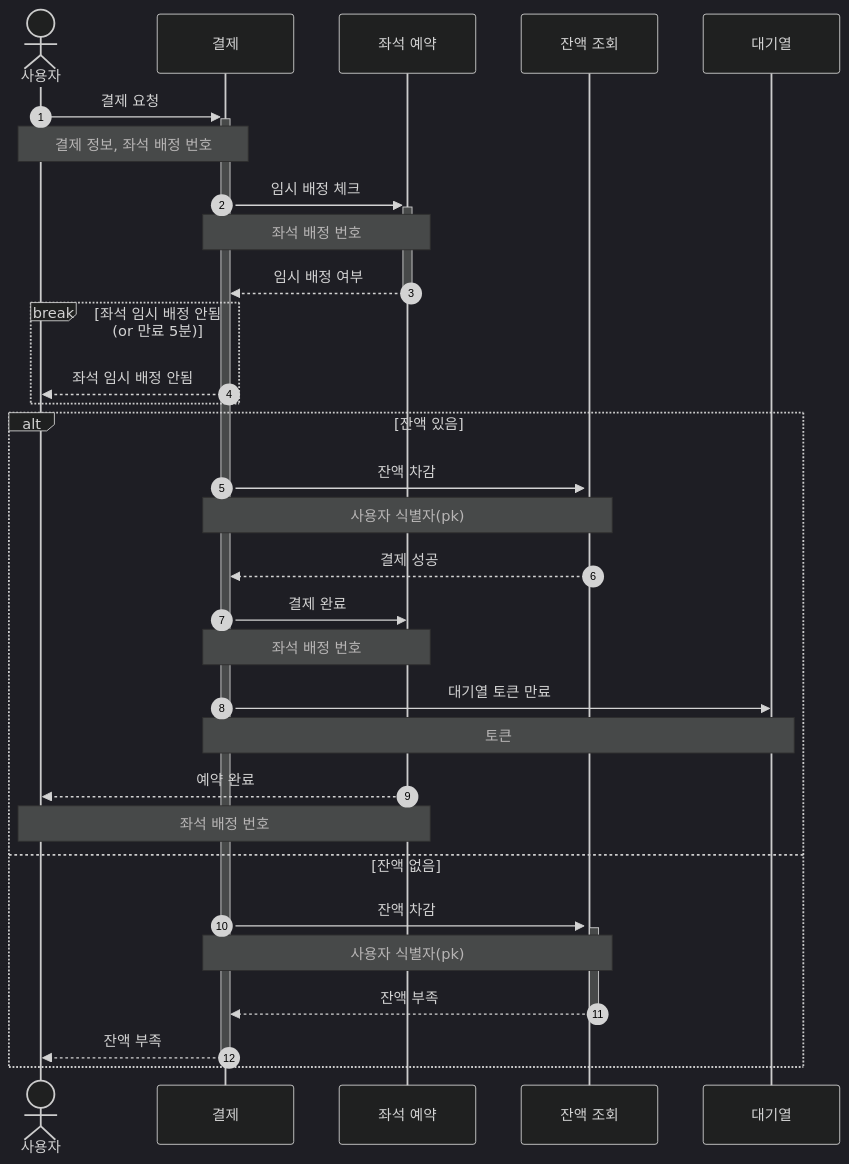
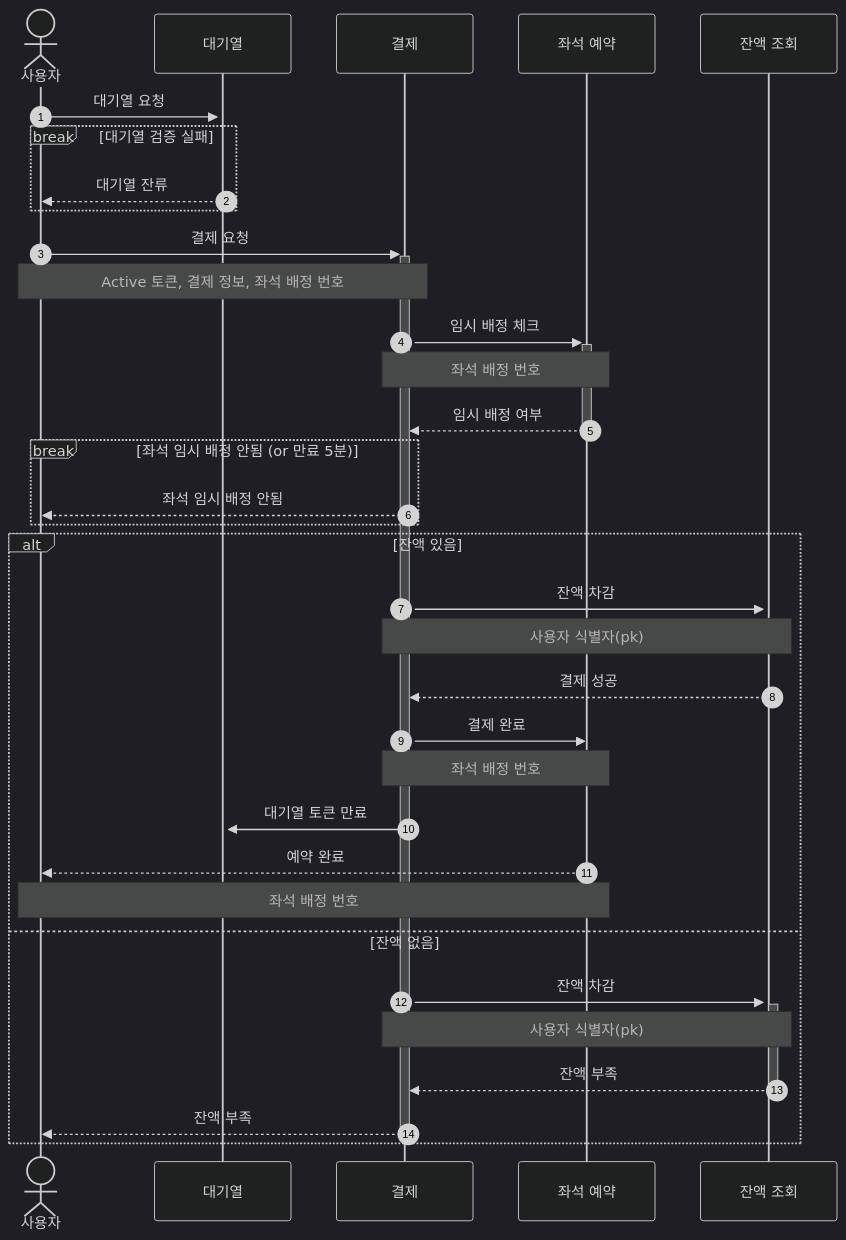
The seventh of 7 diagrams in README.md (kdelay/Concert-Booking), drawn with Mermaid (dark theme) before and after one commit. The commit also changed other lines of this file, not shown here.

Commit message:
docs: [#1] 대기열 검증 Active 토큰 요청 데이터 추가, 좌석 예약에 대한 상태 lock 걸기

````diff
--- a/README.md
+++ b/README.md
@@ -171,32 +160,36 @@
 ```mermaid
 sequenceDiagram
     autonumber
     actor 사용자
+
+    사용자 ->>+ 대기열: 대기열 요청
+    break 대기열 검증 실패
+      대기열 -->> 사용자: 대기열 잔류
+    end
     
     사용자 ->>+ 결제: 결제 요청
-    Note over 사용자, 결제: 결제 정보, 좌석 배정 번호
+    Note over 사용자, 결제: Active 토큰, 결제 정보, 좌석 배정 번호
     결제 ->>+ 좌석 예약: 임시 배정 체크
     Note over 결제, 좌석 예약: 좌석 배정 번호
     좌석 예약 -->>- 결제: 임시 배정 여부
     
     break 좌석 임시 배정 안됨 (or 만료 5분)
         결제 -->> 사용자: 좌석 임시 배정 안됨
     end
     
     alt 잔액 있음
         결제 ->>+ 잔액 조회: 잔액 차감
         Note over 결제, 잔액 조회: 사용자 식별자(pk)
         잔액 조회 -->> 결제: 결제 성공
         결제 ->> 좌석 예약: 결제 완료
         Note over 결제, 좌석 예약: 좌석 배정 번호
         결제 ->> 대기열: 대기열 토큰 만료
-        Note over 결제, 대기열: 토큰
         좌석 예약 -->> 사용자: 예약 완료
         Note over 사용자, 좌석 예약: 좌석 배정 번호
     else 잔액 없음
         결제 ->>+ 잔액 조회: 잔액 차감
         Note over 결제, 잔액 조회: 사용자 식별자(pk)
         잔액 조회 -->>- 결제: 잔액 부족
         결제 -->>- 사용자: 잔액 부족
     end
 ```
````
